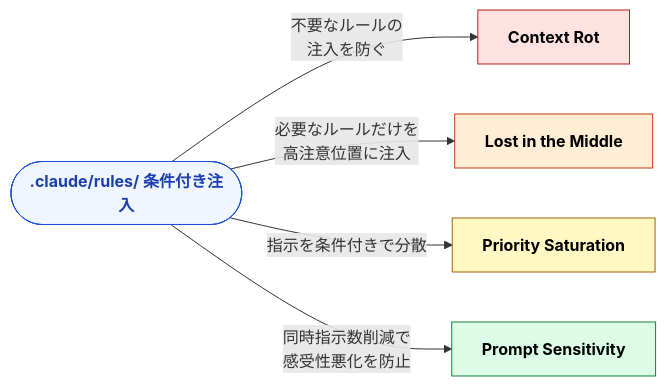
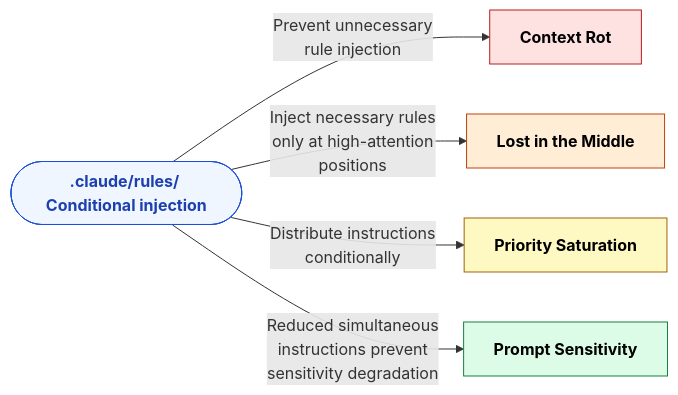
One commit to shuji-bonji/understanding-llm-through-claude-code changed the third of 7 diagrams in docs/appendix/problem-countermeasure-map.md. Above: the diagram before and after it, drawn with Mermaid. The commit also changed other lines of this file and 100 other files, not shown here.

````diff
--- a/docs/appendix/problem-countermeasure-map.md
+++ b/docs/appendix/problem-countermeasure-map.md
@@ -153,25 +155,25 @@
 ```mermaid
 graph LR
-    RULES([".claude/rules/ 条件付き注入"])
+    RULES([".claude/rules/ Conditional injection"])
 
     CR["Context Rot"]
     LM["Lost in the Middle"]
     PS["Priority Saturation"]
     PM["Prompt Sensitivity"]
 
-    RULES -->|"不要なルールの<br/>注入を防ぐ"| CR
-    RULES -->|"必要なルールだけを<br/>高注意位置に注入"| LM
-    RULES -->|"指示を条件付きで分散"| PS
-    RULES -->|"同時指示数削減で<br/>感受性悪化を防止"| PM
+    RULES -->|"Prevent unnecessary<br/>rule injection"| CR
+    RULES -->|"Inject necessary rules<br/>only at high-attention<br/>positions"| LM
+    RULES -->|"Distribute instructions<br/>conditionally"| PS
+    RULES -->|"Reduced simultaneous<br/>instructions prevent<br/>sensitivity degradation"| PM
 
     classDef countermeasure fill:#eff6ff,stroke:#1d4ed8,color:#1e40af,font-weight:bold
     classDef cr fill:#fee2e2,stroke:#b91c1c,color:#000,font-weight:bold
     classDef lm fill:#ffedd5,stroke:#c2410c,color:#000,font-weight:bold
     classDef ps fill:#fef9c3,stroke:#a16207,color:#000,font-weight:bold
     classDef pm fill:#dcfce7,stroke:#15803d,color:#000,font-weight:bold
     class RULES countermeasure
     class CR cr
     class LM lm
     class PS ps
     class PM pm
 ```
````
